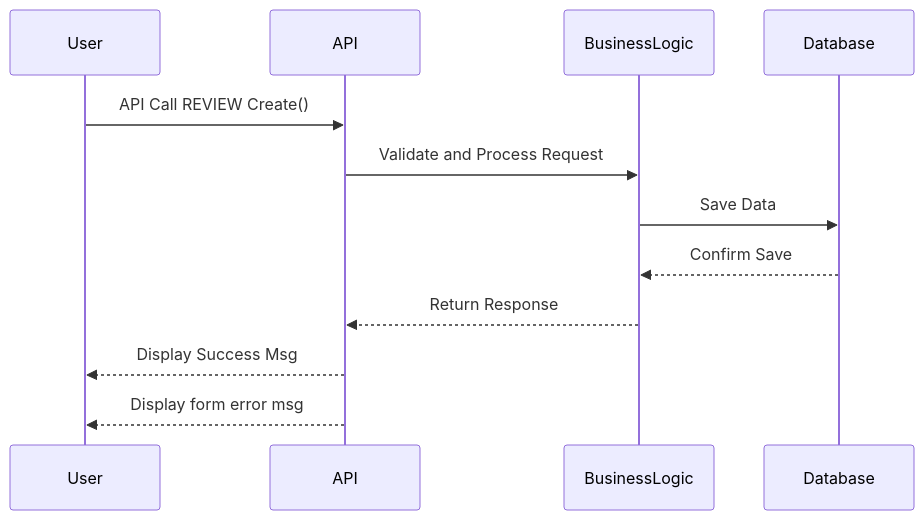
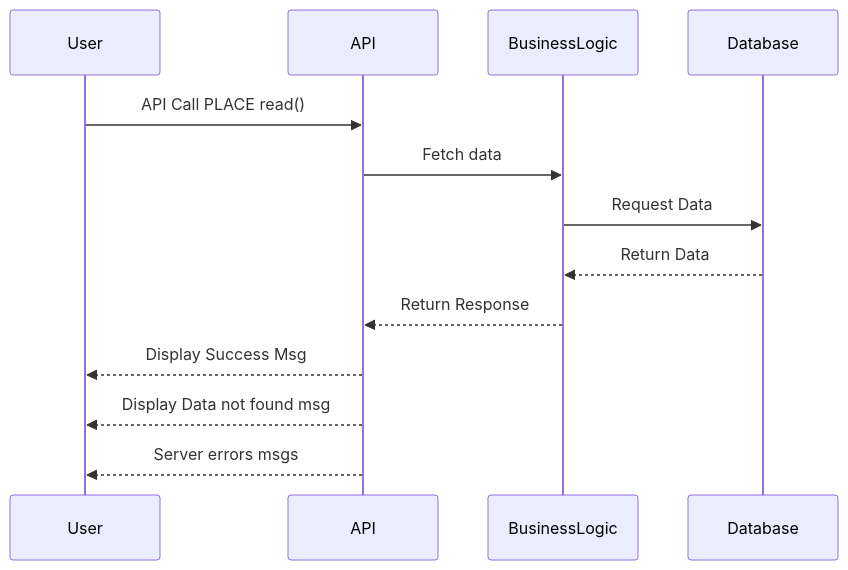
Before and after one commit to JulieRaph/holbertonschool-hbnb: the fourth of 4 diagrams in part_1/sequence_diagrams.md, drawn with Mermaid. The commit also changed other lines of this file, not shown here.

Commit message:
Fetching a List of Places diag

````diff
--- a/part_1/sequence_diagrams.md
+++ b/part_1/sequence_diagrams.md
@@ -66,15 +66,16 @@
 ```mermaid
 sequenceDiagram
 participant User
 participant API
 participant BusinessLogic
 participant Database
 
-User->>API: API Call REVIEW Create()
-API->>BusinessLogic: Validate and Process Request
-BusinessLogic->>Database: Save Data
-Database-->>BusinessLogic: Confirm Save
+User->>API: API Call PLACE read()
+API->>BusinessLogic: Fetch data
+BusinessLogic->>Database: Request Data
+Database-->>BusinessLogic: Return Data
 BusinessLogic-->>API: Return Response
-API -->> User: Display Success Msg
-API -->> User: Display form error msg
+API-->>User: Display Success Msg
+API-->>User: Display Data not found msg
+API-->>User: Server errors msgs
 ```
````
